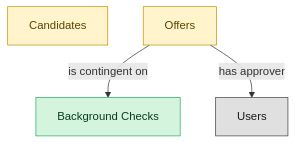
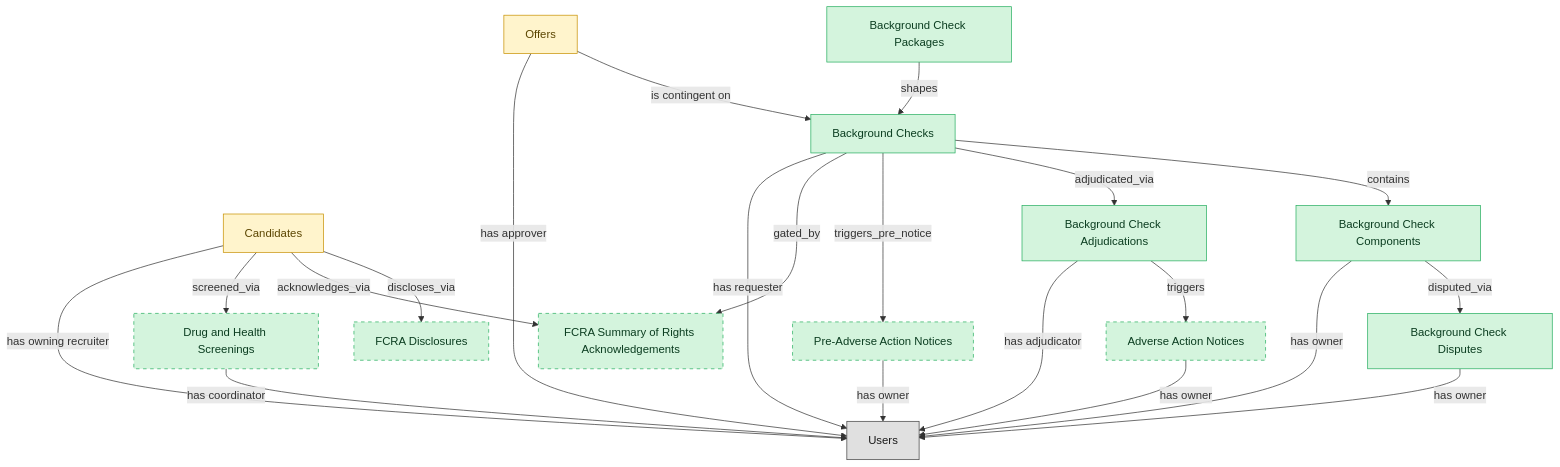
Before and after one commit to semantius/semantius: the diagram in blueprints/ats-background-checks-semantic-blueprint.md, drawn with Mermaid. The commit also changed other lines of this file and 255 other files, not shown here.

````diff
--- a/blueprints/ats-background-checks-semantic-blueprint.md
+++ b/blueprints/ats-background-checks-semantic-blueprint.md
@@ -28,16 +44,57 @@
 ```mermaid
 flowchart TD
   classDef master fill:#d4f4dd,stroke:#27ae60,color:#0b3d20;
   classDef embedded_master fill:#fff4cc,stroke:#c79100,color:#5b4500;
   classDef platform_builtin fill:#e0e0e0,stroke:#424242,color:#1a1a1a;
   background_checks["Background Checks"]
   candidates["Candidates"]
   job_offers["Offers"]
+  background_check_packages["Background Check Packages"]
+  background_check_components["Background Check Components"]
+  background_check_adjudications["Background Check Adjudications"]
+  background_check_disputes["Background Check Disputes"]
+  fcra_disclosures["FCRA Disclosures"]
+  pre_adverse_action_notices["Pre-Adverse Action Notices"]
+  fcra_summary_of_rights_acknowledgements["FCRA Summary of Rights Acknowledgements"]
+  adverse_action_notices["Adverse Action Notices"]
+  drug_health_screenings["Drug and Health Screenings"]
   users["Users"]
+  background_checks -->|"contains"| background_check_components
+  background_check_packages -->|"shapes"| background_checks
+  candidates -->|"discloses_via"| fcra_disclosures
+  background_checks -->|"adjudicated_via"| background_check_adjudications
+  background_check_adjudications -->|"triggers"| adverse_action_notices
+  background_check_components -->|"disputed_via"| background_check_disputes
+  candidates -->|"acknowledges_via"| fcra_summary_of_rights_acknowledgements
+  background_checks -->|"triggers_pre_notice"| pre_adverse_action_notices
+  background_checks -->|"gated_by"| fcra_summary_of_rights_acknowledgements
   job_offers -->|"is contingent on"| background_checks
+  candidates -->|"screened_via"| drug_health_screenings
+  candidates -->|"has owning recruiter"| users
+  background_checks -->|"has requester"| users
+  background_check_components -->|"has owner"| users
+  background_check_adjudications -->|"has adjudicator"| users
+  adverse_action_notices -->|"has owner"| users
+  background_check_disputes -->|"has owner"| users
+  pre_adverse_action_notices -->|"has owner"| users
   job_offers -->|"has approver"| users
+  drug_health_screenings -->|"has coordinator"| users
   class background_checks master;
   class candidates embedded_master;
   class job_offers embedded_master;
+  class background_check_packages master;
+  class background_check_components master;
+  class background_check_adjudications master;
+  class background_check_disputes master;
+  class fcra_disclosures master;
+  class pre_adverse_action_notices master;
+  class fcra_summary_of_rights_acknowledgements master;
+  class adverse_action_notices master;
+  class drug_health_screenings master;
   class users platform_builtin;
+  style fcra_disclosures stroke-dasharray:5 5;
+  style pre_adverse_action_notices stroke-dasharray:5 5;
+  style fcra_summary_of_rights_acknowledgements stroke-dasharray:5 5;
+  style adverse_action_notices stroke-dasharray:5 5;
+  style drug_health_screenings stroke-dasharray:5 5;
 ```
````
